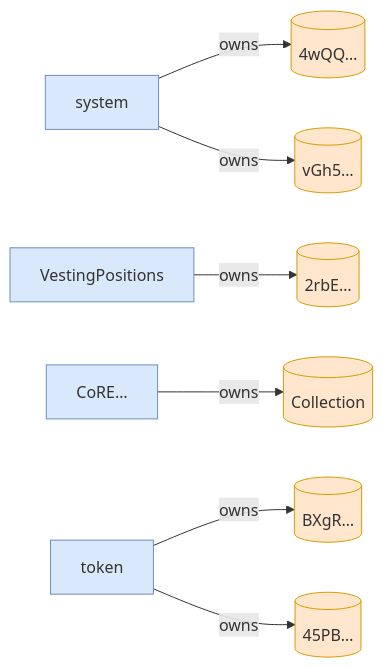
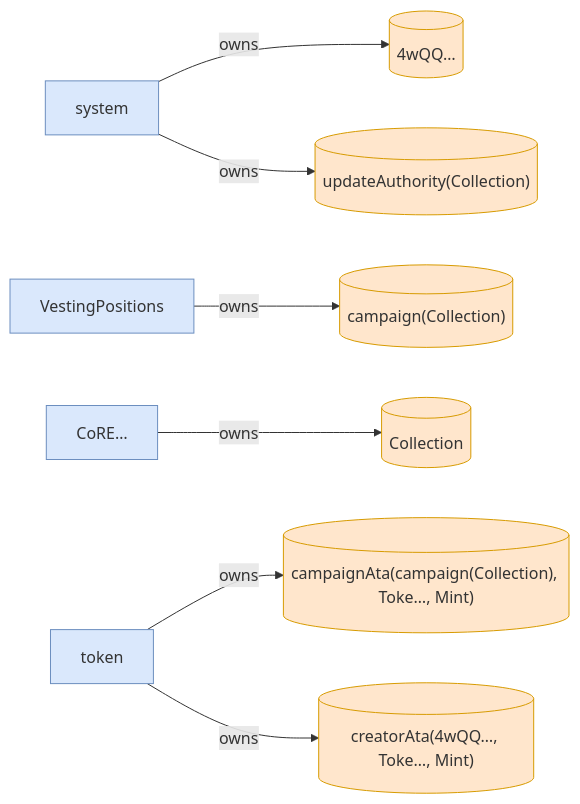
One commit to cds-turbin3/vesting-position changed the sixth of 6 diagrams in babelfish-tests/test-report/cancel_campaign_requires_creator.md. Above: the diagram before and after it, drawn with Mermaid. The commit also changed other lines of this file and 51 other files, not shown here.

````diff
--- a/babelfish-tests/test-report/cancel_campaign_requires_creator.md
+++ b/babelfish-tests/test-report/cancel_campaign_requires_creator.md
@@ -275,22 +238,22 @@
 ```mermaid
 flowchart LR
     system["system"]:::program
     4wQQ[("4wQQ…")]:::state
     VestingPositions["VestingPositions"]:::program
-    2rbE[("2rbE…")]:::state
+    campaignCollection[("campaign(Collection)")]:::state
     CoRE["CoRE…"]:::program
     Collection[("Collection")]:::state
-    vGh5[("vGh5…")]:::state
+    updateAuthorityCollection[("updateAuthority(Collection)")]:::state
     token["token"]:::program
-    BXgR[("BXgR…")]:::state
-    45PB[("45PB…")]:::state
+    campaignAtacampaignCollectionTokeMint[("campaignAta(campaign(Collection), Toke…, Mint)")]:::state
+    creatorAta4wQQTokeMint[("creatorAta(4wQQ…, Toke…, Mint)")]:::state
     system -->|owns| 4wQQ
-    VestingPositions -->|owns| 2rbE
+    VestingPositions -->|owns| campaignCollection
     CoRE -->|owns| Collection
-    system -->|owns| vGh5
-    token -->|owns| BXgR
-    token -->|owns| 45PB
+    system -->|owns| updateAuthorityCollection
+    token -->|owns| campaignAtacampaignCollectionTokeMint
+    token -->|owns| creatorAta4wQQTokeMint
     classDef program fill:#dae8fc,stroke:#6c8ebf;
     classDef signer fill:#d5e8d4,stroke:#82b366;
     classDef state fill:#ffe6cc,stroke:#d79b00;
 ```
````
